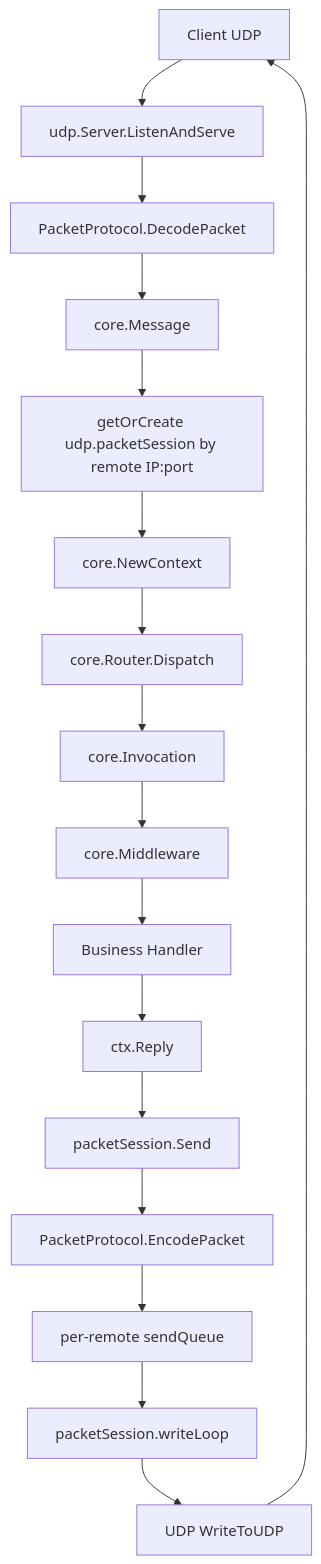
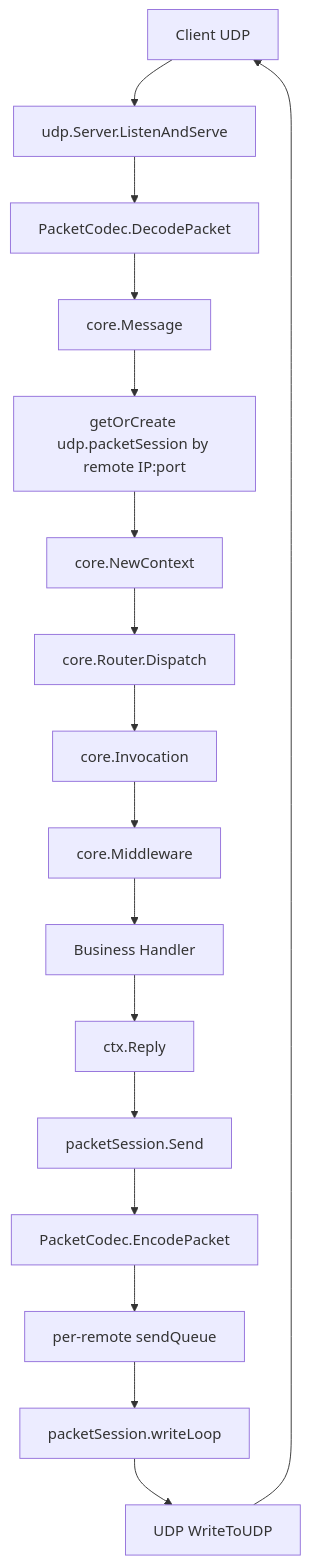
Before and after one commit to saramand9/kpro: the third of 8 diagrams in docs/call-flow.md, drawn with Mermaid. The commit also changed other lines of this file and 151 other files, not shown here.

First line of the commit message:
refactor: clarify app architecture and codec layer

````diff
--- a/docs/call-flow.md
+++ b/docs/call-flow.md
@@ -93,19 +93,19 @@
 ```mermaid
 flowchart TD
     Client[Client UDP] --> ReadFromUDP[udp.Server.ListenAndServe]
-    ReadFromUDP --> DecodePacket[PacketProtocol.DecodePacket]
+    ReadFromUDP --> DecodePacket[PacketCodec.DecodePacket]
     DecodePacket --> Message[core.Message]
     Message --> PacketSession[getOrCreate udp.packetSession by remote IP:port]
     PacketSession --> Context[core.NewContext]
     Context --> Dispatch[core.Router.Dispatch]
     Dispatch --> Invocation[core.Invocation]
     Invocation --> Middleware[core.Middleware]
     Middleware --> Handler[Business Handler]
     Handler --> Reply[ctx.Reply]
     Reply --> Send[packetSession.Send]
-    Send --> EncodePacket[PacketProtocol.EncodePacket]
+    Send --> EncodePacket[PacketCodec.EncodePacket]
     EncodePacket --> Queue[per-remote sendQueue]
     Queue --> WriteLoop[packetSession.writeLoop]
     WriteLoop --> WriteToUDP[UDP WriteToUDP]
     WriteToUDP --> Client
 ```
````
